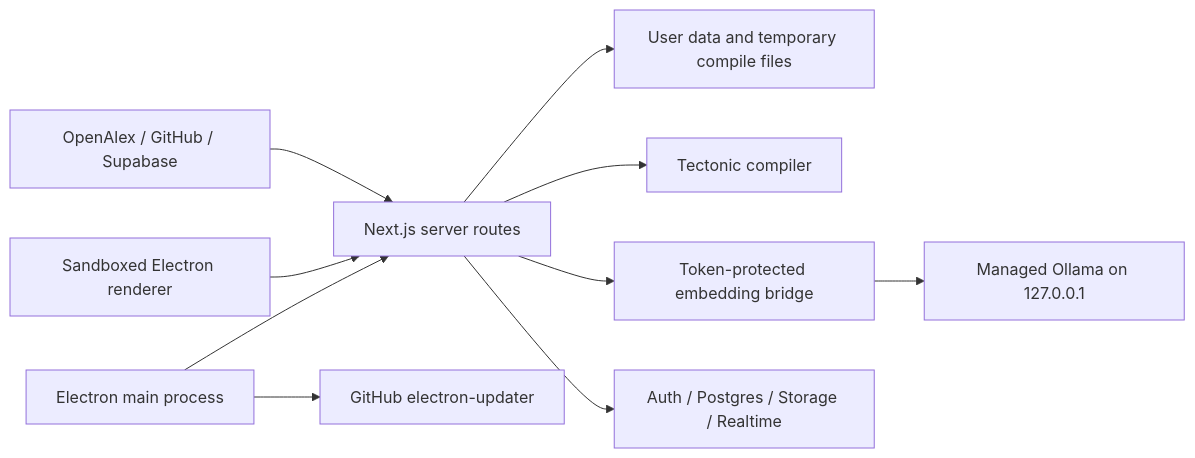
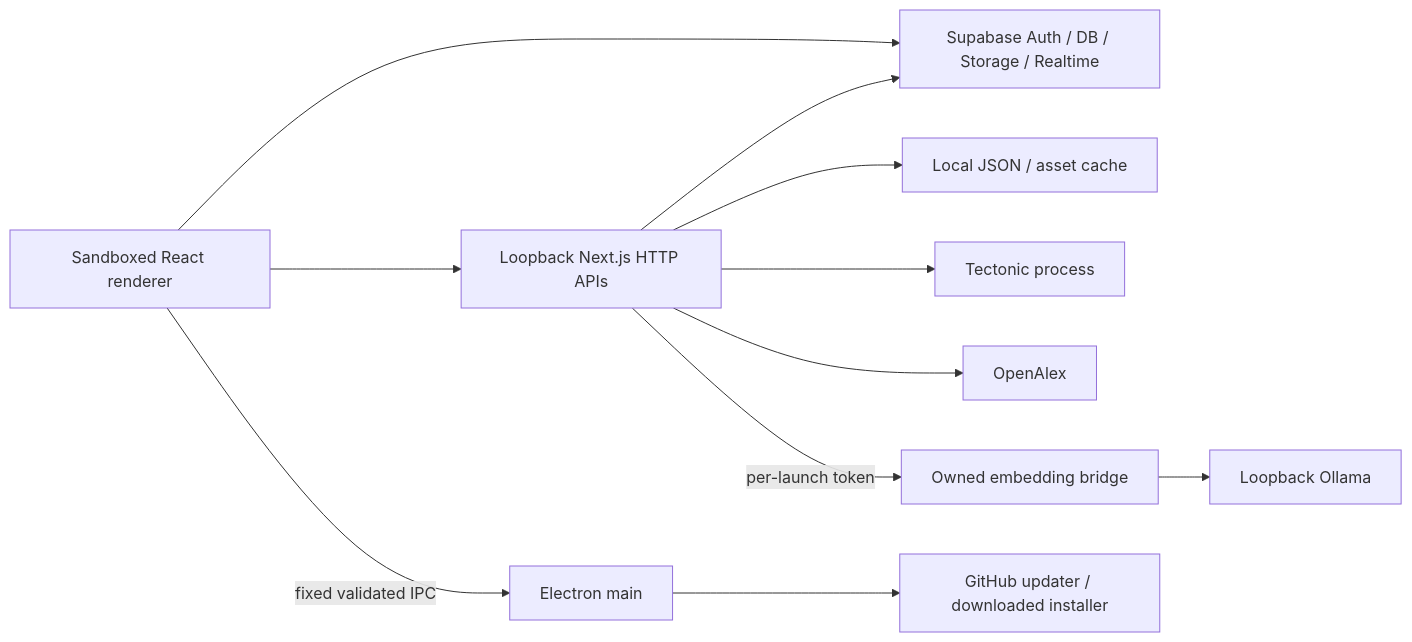
The diagram in SECURITY_AUDIT.md (Hug00x/PaperGraph), drawn with Mermaid before and after one commit. The commit also changed other lines of this file and 2 other files, not shown here.

````diff
--- a/SECURITY_AUDIT.md
+++ b/SECURITY_AUDIT.md
@@ -37,12 +46,13 @@
 ```mermaid
 flowchart LR
-  Internet[OpenAlex / GitHub / Supabase] --> Server[Next.js server routes]
-  Renderer[Sandboxed Electron renderer] --> Server
-  Main[Electron main process] --> Server
-  Server --> Files[User data and temporary compile files]
-  Server --> Tectonic[Tectonic compiler]
-  Server --> Bridge[Token-protected embedding bridge]
-  Bridge --> Ollama[Managed Ollama on 127.0.0.1]
-  Server --> Supabase[Auth / Postgres / Storage / Realtime]
-  Main --> Updater[GitHub electron-updater]
+  Renderer[Sandboxed React renderer] --> HTTP[Loopback Next.js HTTP APIs]
+  Renderer -->|fixed validated IPC| Main[Electron main]
+  Renderer --> Cloud[Supabase Auth / DB / Storage / Realtime]
+  HTTP --> Cloud
+  HTTP --> Files[Local JSON / asset cache]
+  HTTP --> Compiler[Tectonic process]
+  HTTP --> OA[OpenAlex]
+  HTTP -->|per-launch token| Bridge[Owned embedding bridge]
+  Bridge --> Ollama[Loopback Ollama]
+  Main --> Updates[GitHub updater / downloaded installer]
 ```
````
